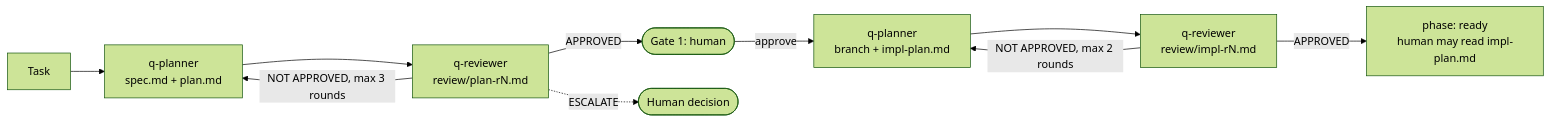
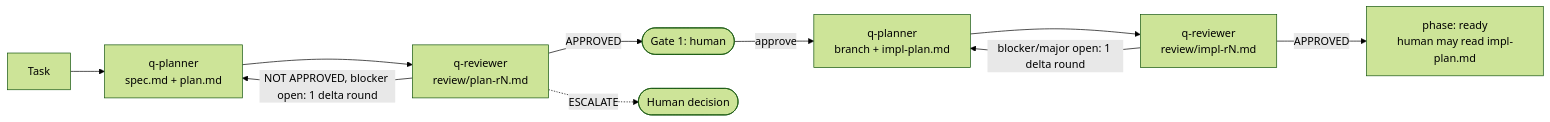
Before and after one commit to tranquan/qstack: the diagram in claudecode/skills/q-plan/SKILL.md, drawn with Mermaid (forest theme). The commit also changed other lines of this file and 7 other files, not shown here.

````diff
--- a/claudecode/skills/q-plan/SKILL.md
+++ b/claudecode/skills/q-plan/SKILL.md
@@ -20,12 +23,12 @@
 ```mermaid
 flowchart LR
     T[Task] --> P[q-planner<br/>spec.md + plan.md]
     P --> R[q-reviewer<br/>review/plan-rN.md]
-    R -->|NOT APPROVED, max 3 rounds| P
+    R -->|NOT APPROVED, blocker open: 1 delta round| P
     R -->|APPROVED| G([Gate 1: human])
     R -.->|ESCALATE| H([Human decision])
     G -->|approve| IP[q-planner<br/>branch + impl-plan.md]
     IP --> IR[q-reviewer<br/>review/impl-rN.md]
-    IR -->|NOT APPROVED, max 2 rounds| IP
+    IR -->|blocker/major open: 1 delta round| IP
     IR -->|APPROVED| Ready[phase: ready<br/>human may read impl-plan.md]
 ```
````
